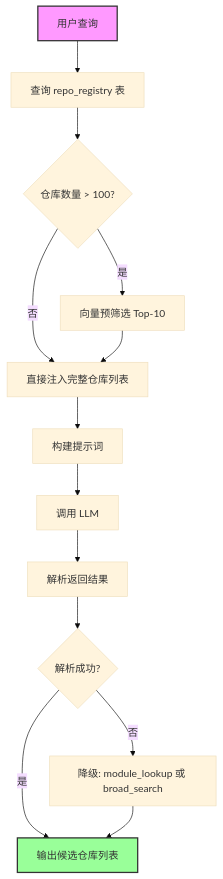
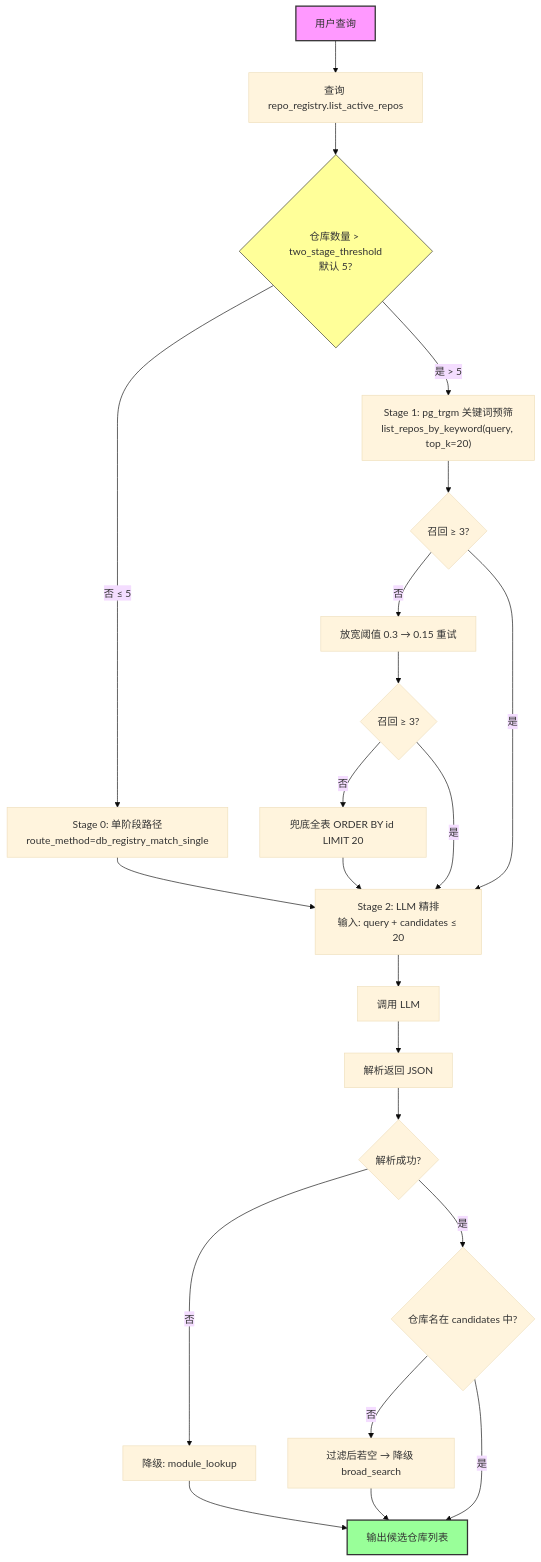
The third of 5 diagrams in docs/designs/SPMA-design-13-industry-research-code-location.md (leizhuang1332/SPMA), drawn with Mermaid (base theme) before and after one commit. The commit also changed other lines of this file, not shown here.

````diff
--- a/docs/designs/SPMA-design-13-industry-research-code-location.md
+++ b/docs/designs/SPMA-design-13-industry-research-code-location.md
@@ -1180,20 +1319,30 @@
 ```mermaid
 flowchart TD
-    A[用户查询] --> B[查询 repo_registry 表]
-    B --> C{仓库数量 > 100?}
+    A[用户查询] --> B[查询 repo_registry.list_active_repos]
+    B --> C{仓库数量 > two_stage_threshold<br/>默认 5?}
 
-    C -->|否| D[直接注入完整仓库列表]
-    C -->|是| E[向量预筛选 Top-10]
-    E --> D
+    C -->|否 ≤ 5| D["Stage 0: 单阶段路径<br/>route_method=db_registry_match_single"]
+    C -->|是 > 5| E["Stage 1: pg_trgm 关键词预筛<br/>list_repos_by_keyword(query, top_k=20)"]
+    E --> E1{召回 ≥ 3?}
+    E1 -->|否| E2["放宽阈值 0.3 → 0.15 重试"]
+    E2 --> E3{召回 ≥ 3?}
+    E3 -->|否| E4["兜底全表 ORDER BY id LIMIT 20"]
+    E3 -->|是| F
+    E4 --> F
+    E1 -->|是| F
+    D --> F["Stage 2: LLM 精排<br/>输入: query + candidates ≤ 20"]
 
-    D --> F[构建提示词]
     F --> G[调用 LLM]
-    G --> H[解析返回结果]
+    G --> H[解析返回 JSON]
     H --> I{解析成功?}
-    I -->|否| J[降级: module_lookup 或 broad_search]
-    I -->|是| K[输出候选仓库列表]
-    J --> K
+    I -->|否| J["降级: module_lookup"]
+    I -->|是| K{仓库名在 candidates 中?}
+    K -->|否| L["过滤后若空 → 降级 broad_search"]
+    K -->|是| M[输出候选仓库列表]
+    J --> M
+    L --> M
 
     style A fill:#f9f,stroke:#333,stroke-width:2px
-    style K fill:#9f9,stroke:#333,stroke-width:2px
+    style M fill:#9f9,stroke:#333,stroke-width:2px
+    style C fill:#ff9,stroke:#333
 ```
````
